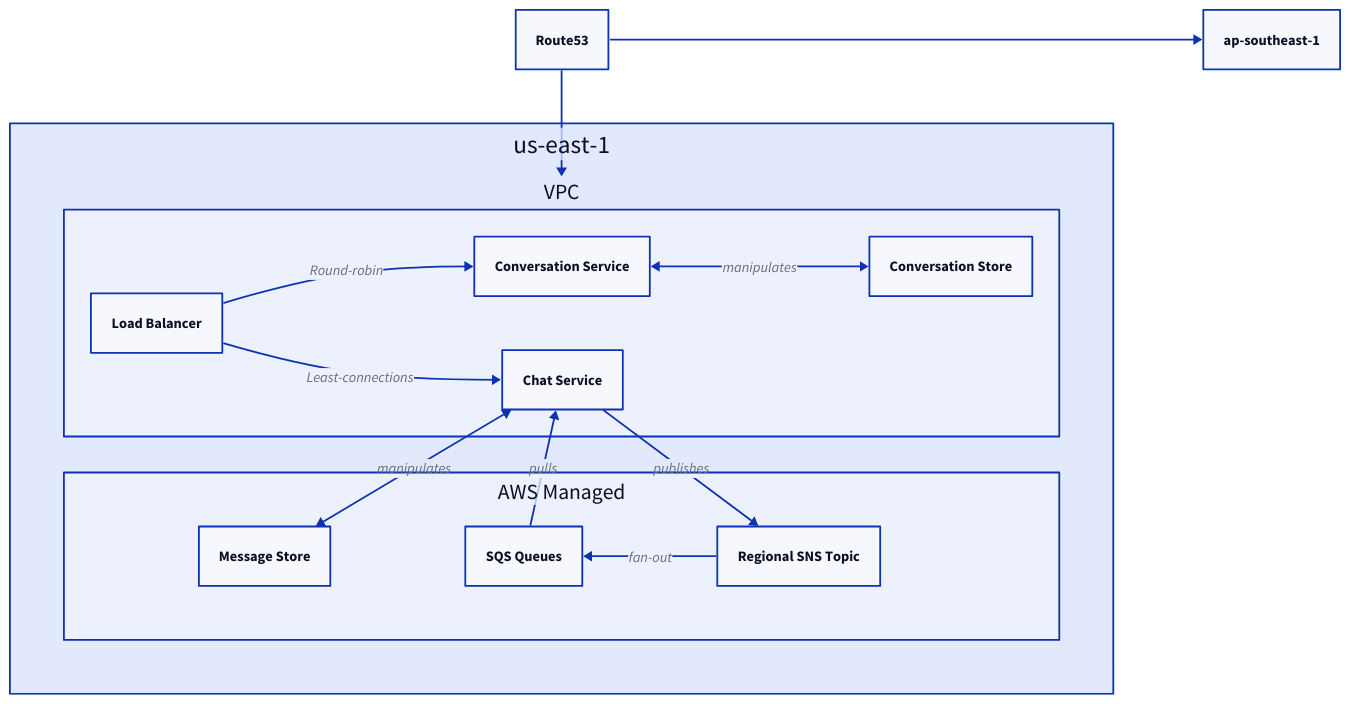
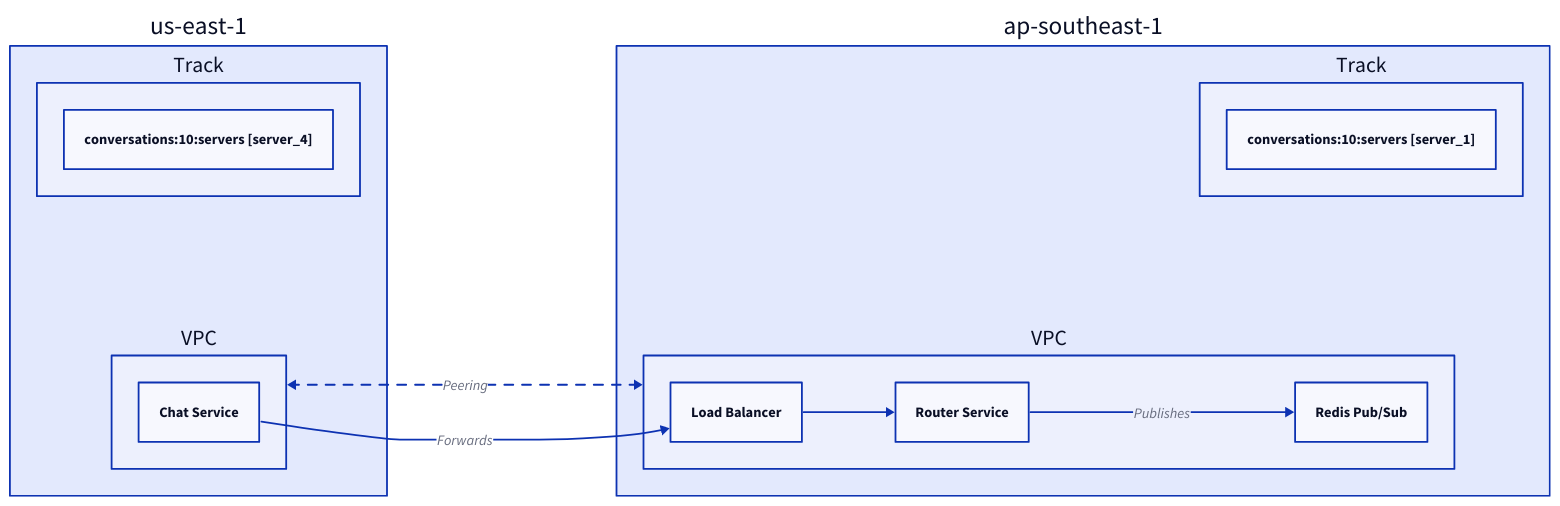
Before and after one commit to link1905/system-design-101: diagram 19 of 19 in content/practices/chat-system/_index.md, drawn with D2. The commit also changed other lines of this file and 42 other files, not shown here.

````diff
--- a/content/practices/chat-system/_index.md
+++ b/content/practices/chat-system/_index.md
@@ -588,43 +593,35 @@
 ```d2
 direction: right
-r: Route53 {
-  class: aws-route53
-}
 u: us-east-1 {
-    grid-columns: 1
+    cache: Track {
+        class: cache
+        "conversations:10:servers [server_4]"
+    }
     v: VPC {
-        direction: right
-        lb: "Load Balancer" {class: aws-elb}
-        api: "Conversation Service" {class: aws-ecs}
-        chat: "Chat Service" {class: aws-ecs}
-        lb -> api: Round-robin
-        lb -> chat: Least-connections
-        a: Conversation Store {
-            class: aws-aurora
+        c: Chat Service {
+            class: aws-ec2
         }
     }
-    a: AWS Managed {
-        grid-rows: 1
-        horizontal-gap: 150
-        t: Message Store {
-            class: aws-dynamodb
-        }
-        sqs: SQS Queues {
-            class: aws-sqs
-        }
-        sns: Regional SNS Topic {
-            class: aws-sns
-        }
-        sns -> sqs: fan-out
-    }
-    v.api <-> v.a: manipulates
-    v.chat <-> a.t: manipulates
-    v.chat <- a.sqs: pulls
-    v.chat -> a.sns: publishes
 }
 a: ap-southeast-1 {
-    class: aws-vpc
+    cache: Track {
+        class: cache
+        "conversations:10:servers [server_1]"
+    } 
+    v: VPC {
+        l: Load Balancer {
+            class: aws-elb
+        }
+        r: Router Service {
+            class: aws-ec2
+        }
+        re: "Redis Pub/Sub" {class: cache }
+        l -> r
+        r -> re: Publishes
+    }
 }
-r -> u.v
-r -> a
+u.v <-> a.v: Peering {
+    style.animated: true
+}
+u.v.c -> a.v.l: Forwards
 ```
````
